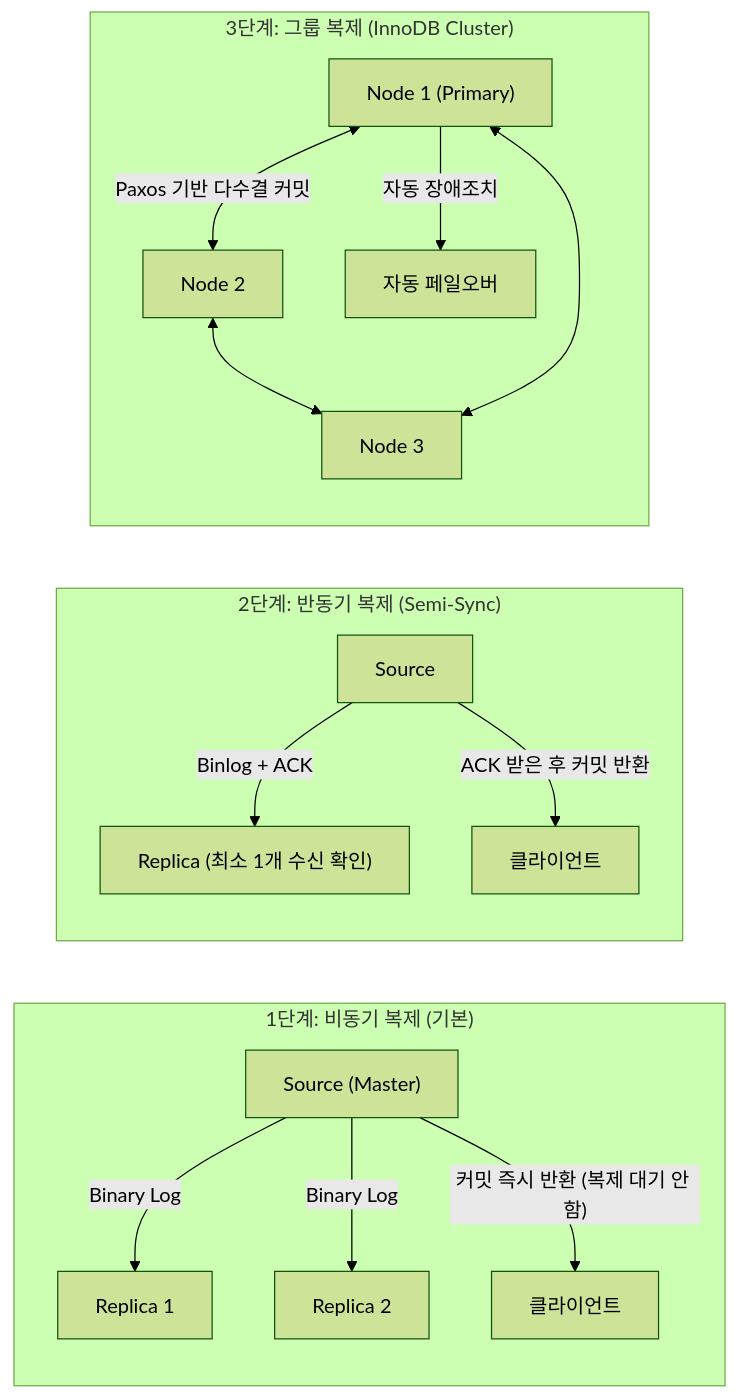
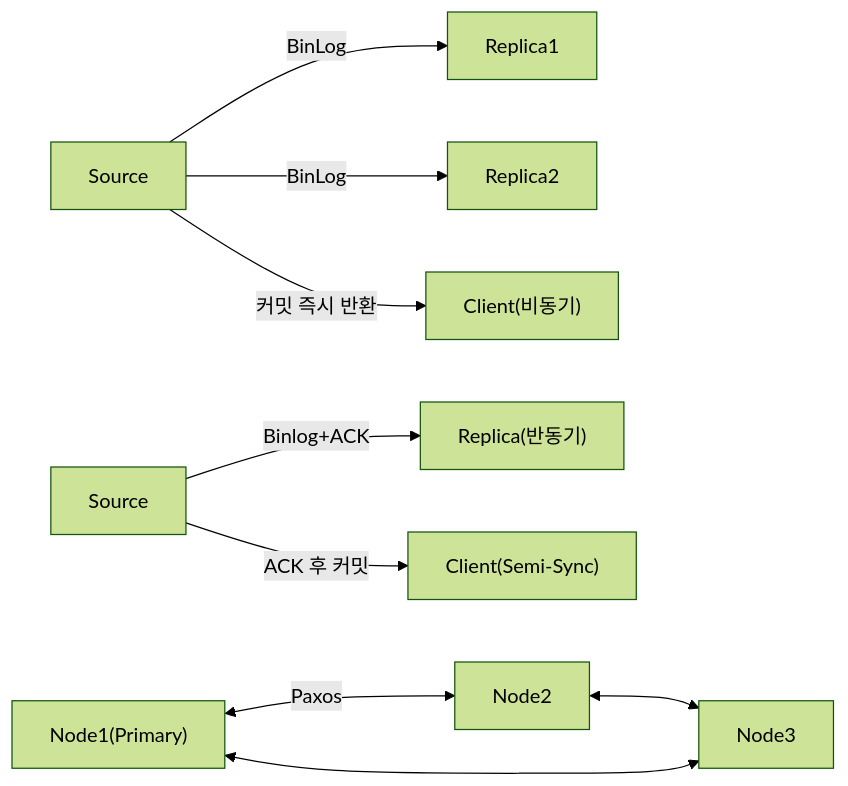
Before and after one commit to yjkim2015/yjkim2015.github.io: diagram 12 of 15 in _posts/db/2026-05-01-db-comparison.md, drawn with Mermaid (forest theme). The commit also changed other lines of this file and 215 other files, not shown here.

First line of the commit message:
신규 포스트 10개 추가 + Mermaid 전면 축소 + SystemDesign 시리즈 보강

````diff
--- a/_posts/db/2026-05-01-db-comparison.md
+++ b/_posts/db/2026-05-01-db-comparison.md
@@ -426,18 +377,11 @@
 ```mermaid
 graph LR
-    subgraph "1단계: 비동기 복제 (기본)"
-        S1["Source (Master)"] -->|"Binary Log"| R1["Replica 1"]
-        S1 -->|"Binary Log"| R2["Replica 2"]
-        S1 -->|"커밋 즉시 반환 (복제 대기 안 함)"| CL1["클라이언트"]
-    end
-    subgraph "2단계: 반동기 복제 (Semi-Sync)"
-        S2["Source"] -->|"Binlog + ACK"| R3["Replica (최소 1개 수신 확인)"]
-        S2 -->|"ACK 받은 후 커밋 반환"| CL2["클라이언트"]
-    end
-    subgraph "3단계: 그룹 복제 (InnoDB Cluster)"
-        N1["Node 1 (Primary)"] <-->|"Paxos 기반 다수결 커밋"| N2["Node 2"]
-        N2 <--> N3["Node 3"]
-        N1 <--> N3
-        N1 -->|"자동 장애조치"| AF["자동 페일오버"]
-    end
+    S1["Source"] -->|"BinLog"| R1["Replica1"]
+    S1 -->|"BinLog"| R2["Replica2"]
+    S1 -->|"커밋 즉시 반환"| CL1["Client(비동기)"]
+    S2["Source"] -->|"Binlog+ACK"| R3["Replica(반동기)"]
+    S2 -->|"ACK 후 커밋"| CL2["Client(Semi-Sync)"]
+    N1["Node1(Primary)"] <-->|"Paxos"| N2["Node2"]
+    N2 <--> N3["Node3"]
+    N1 <--> N3
 ```
````
